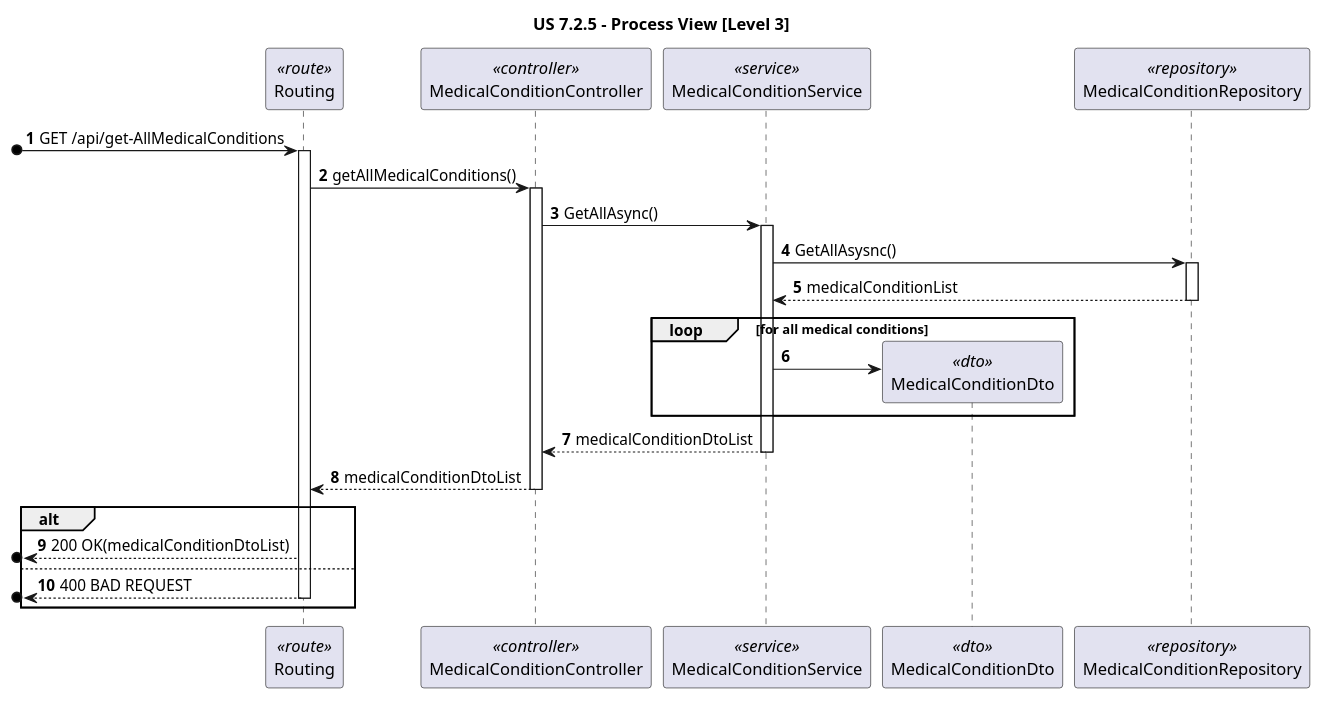
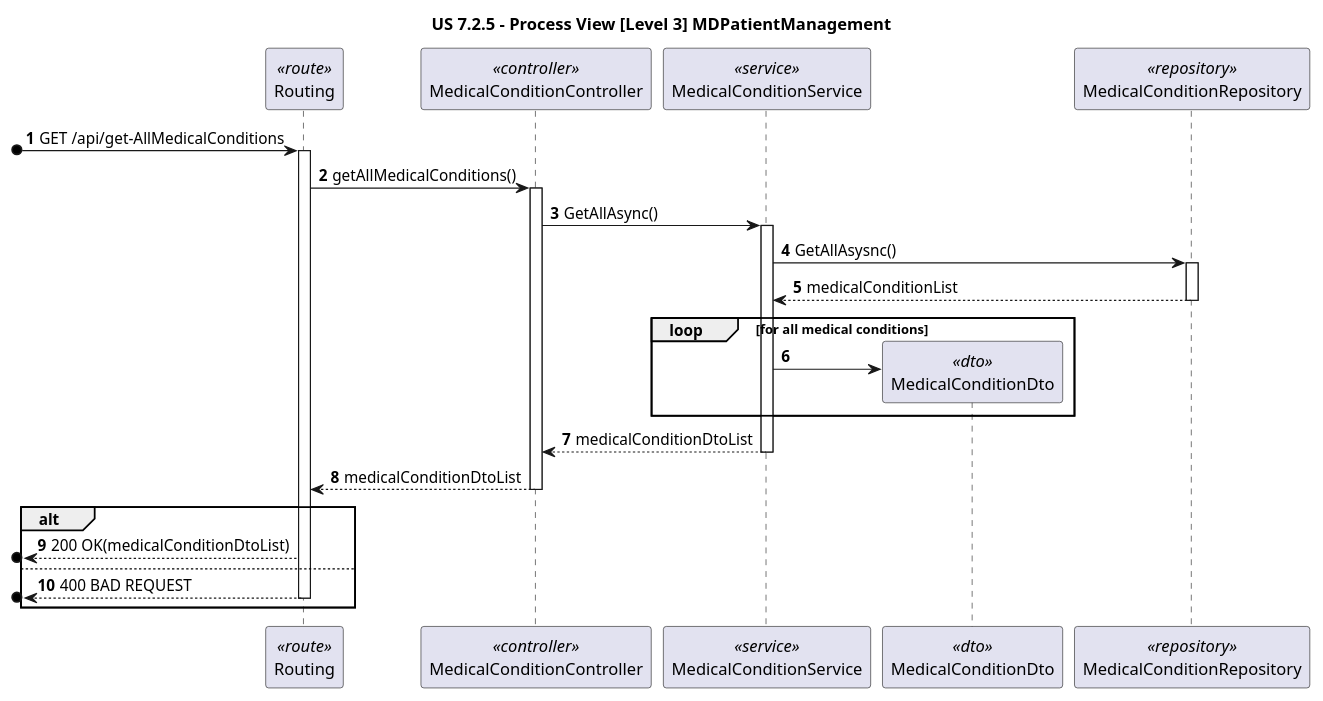
One commit to rita-barbosa/LAPR5-2425 changed the diagram in docs/sprint-3/1220683/us-7.2.5/Process_View/Level-3/us7.2.5-process-view-lvl3.puml. Above: the diagram before and after it, drawn with PlantUML. The commit also changed 6 other files, not shown here.

```diff
--- a/docs/sprint-3/1220683/us-7.2.5/Process_View/Level-3/us7.2.5-process-view-lvl3.puml
+++ b/docs/sprint-3/1220683/us-7.2.5/Process_View/Level-3/us7.2.5-process-view-lvl3.puml
@@ -1,46 +1,46 @@
 @startuml
 
-title "US 7.2.5 - Process View [Level 3]"
+title "US 7.2.5 - Process View [Level 3] MDPatientManagement"
 
 autonumber
 participant "Routing" as ROUTE <<route>>
 participant "MedicalConditionController" as CTRL <<controller>>
 participant "MedicalConditionService" as SVC <<service>>
 participant "MedicalConditionDto" as DTO <<dto>>
 participant "MedicalConditionRepository" as REPO <<repository>>
 
 [o-> ROUTE: GET /api/get-AllMedicalConditions
 activate ROUTE
 
 ROUTE -> CTRL: getAllMedicalConditions()
 activate CTRL
 
 CTRL ->  SVC: GetAllAsync()
 activate SVC
 
 SVC -> REPO : GetAllAsysnc()
 activate REPO
 
 REPO --> SVC : medicalConditionList
 deactivate REPO
 
 loop for all medical conditions
 SVC -> DTO **
 end loop
 
 SVC --> CTRL: medicalConditionDtoList
 deactivate SVC
 
 CTRL --> ROUTE: medicalConditionDtoList
 deactivate CTRL
 
 alt 
 [o<-- ROUTE : 200 OK(medicalConditionDtoList)
 
 else
 
 [o<-- ROUTE : 400 BAD REQUEST
 deactivate ROUTE
 end alt
 
 @enduml
```
